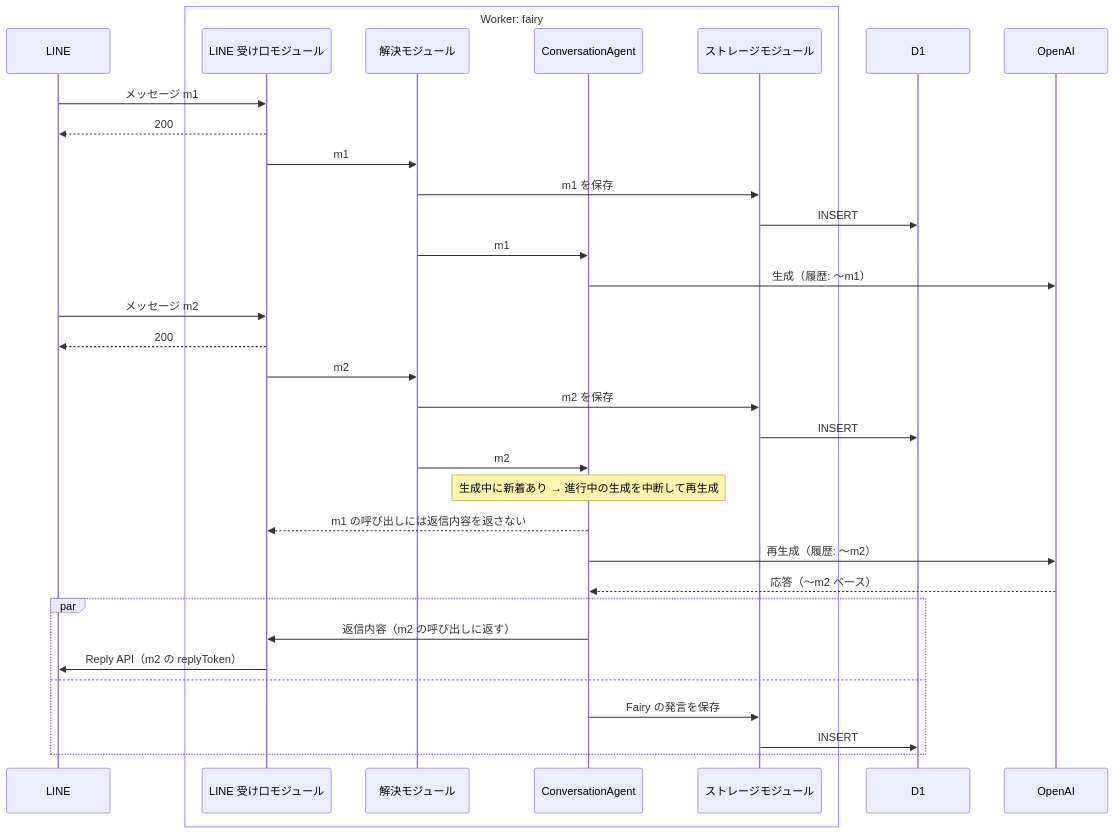
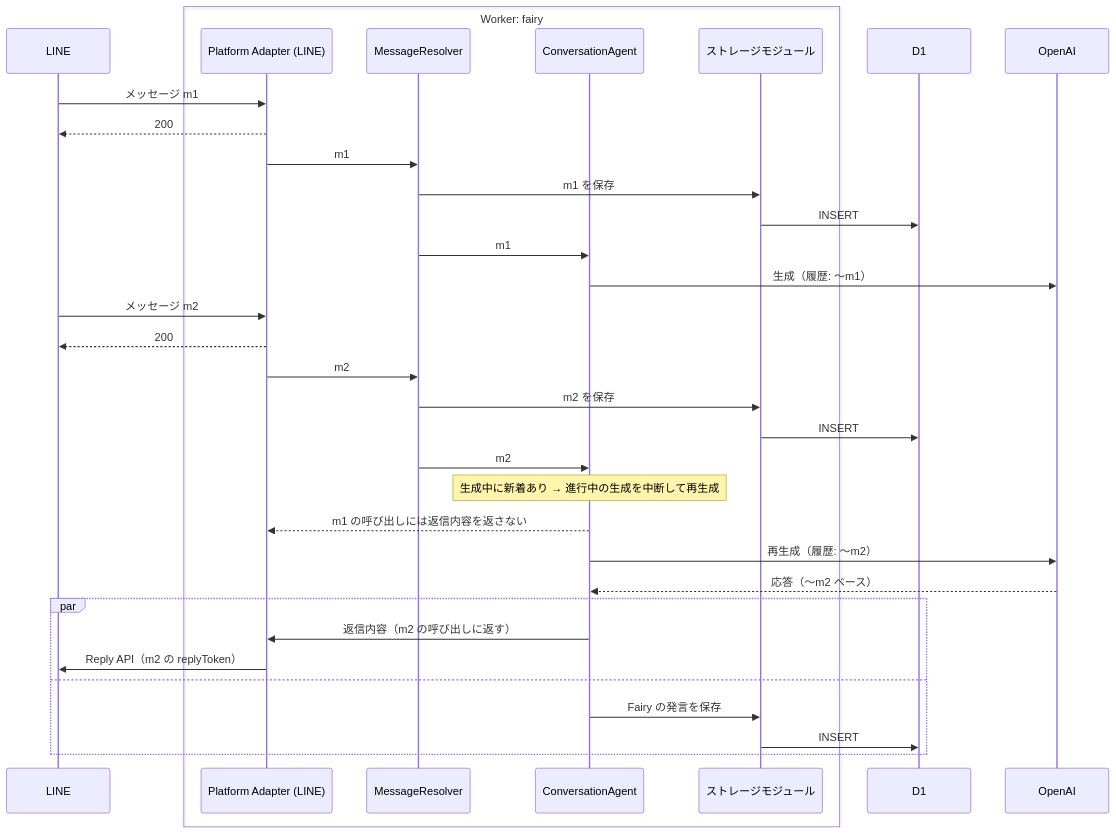
One commit to TatsuyaYamamoto/sicaco-quarter-third-street changed the second of 2 diagrams in docs/phases/phase-1.md. Above: the diagram before and after it, drawn with Mermaid. The commit also changed other lines of this file and 3 other files, not shown here.

First line of the commit message:
Name layers Platform Adapter, MessageResolver and Agent

````diff
--- a/docs/phases/phase-1.md
+++ b/docs/phases/phase-1.md
@@ -140,37 +140,37 @@
 ```mermaid
 sequenceDiagram
     participant L as LINE
     box Worker: fairy
-        participant LM as LINE 受け口モジュール
-        participant R as 解決モジュール
+        participant LM as Platform Adapter (LINE)
+        participant R as MessageResolver
         participant A as ConversationAgent
         participant S as ストレージモジュール
     end
     participant D as D1
     participant O as OpenAI
 
     L->>LM: メッセージ m1
     LM-->>L: 200
     LM->>R: m1
     R->>S: m1 を保存
     S->>D: INSERT
     R->>A: m1
     A->>O: 生成（履歴: 〜m1）
     L->>LM: メッセージ m2
     LM-->>L: 200
     LM->>R: m2
     R->>S: m2 を保存
     S->>D: INSERT
     R->>A: m2
     Note over A: 生成中に新着あり → 進行中の生成を中断して再生成
     A-->>LM: m1 の呼び出しには返信内容を返さない
     A->>O: 再生成（履歴: 〜m2）
     O-->>A: 応答（〜m2 ベース）
     par
         A->>LM: 返信内容（m2 の呼び出しに返す）
         LM->>L: Reply API（m2 の replyToken）
     and
         A->>S: Fairy の発言を保存
         S->>D: INSERT
     end
 ```
````
